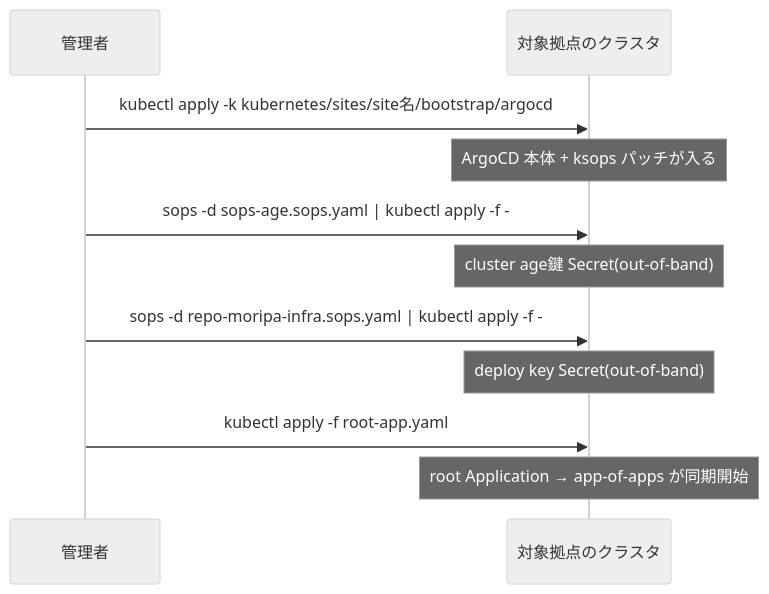
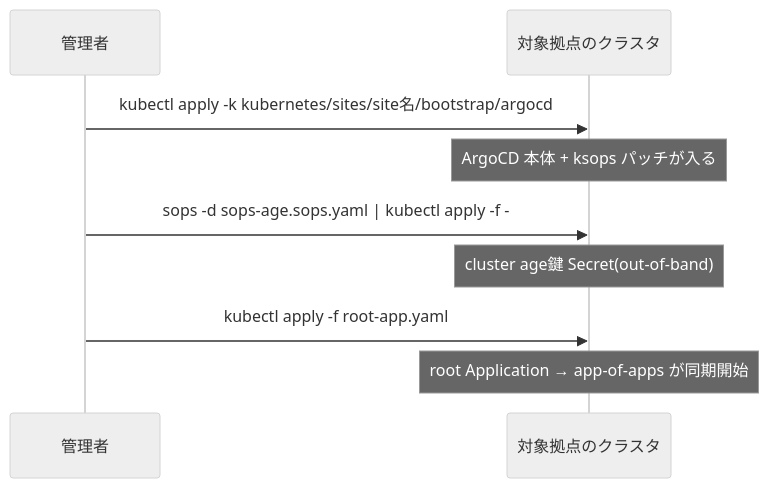
Before and after one commit to morinoparty/moripa-infra: the diagram in docs/content/docs/admin/argocd.mdx, drawn with Mermaid (neutral theme). The commit also changed other lines of this file and 25 other files, not shown here.

First line of the commit message:
ArgoCD: switch repo access to anonymous https (public repo, deploy key removed)

````diff
--- a/docs/content/docs/admin/argocd.mdx
+++ b/docs/content/docs/admin/argocd.mdx
@@ -21,13 +21,11 @@
 ```mermaid
 sequenceDiagram
     participant M as 管理者
     participant K as 対象拠点のクラスタ
     M->>K: kubectl apply -k kubernetes/sites/site名/bootstrap/argocd
     Note over K: ArgoCD 本体 + ksops パッチが入る
     M->>K: sops -d sops-age.sops.yaml | kubectl apply -f -
     Note over K: cluster age鍵 Secret(out-of-band)
-    M->>K: sops -d repo-moripa-infra.sops.yaml | kubectl apply -f -
-    Note over K: deploy key Secret(out-of-band)
     M->>K: kubectl apply -f root-app.yaml
     Note over K: root Application → app-of-apps が同期開始
 ```
````
